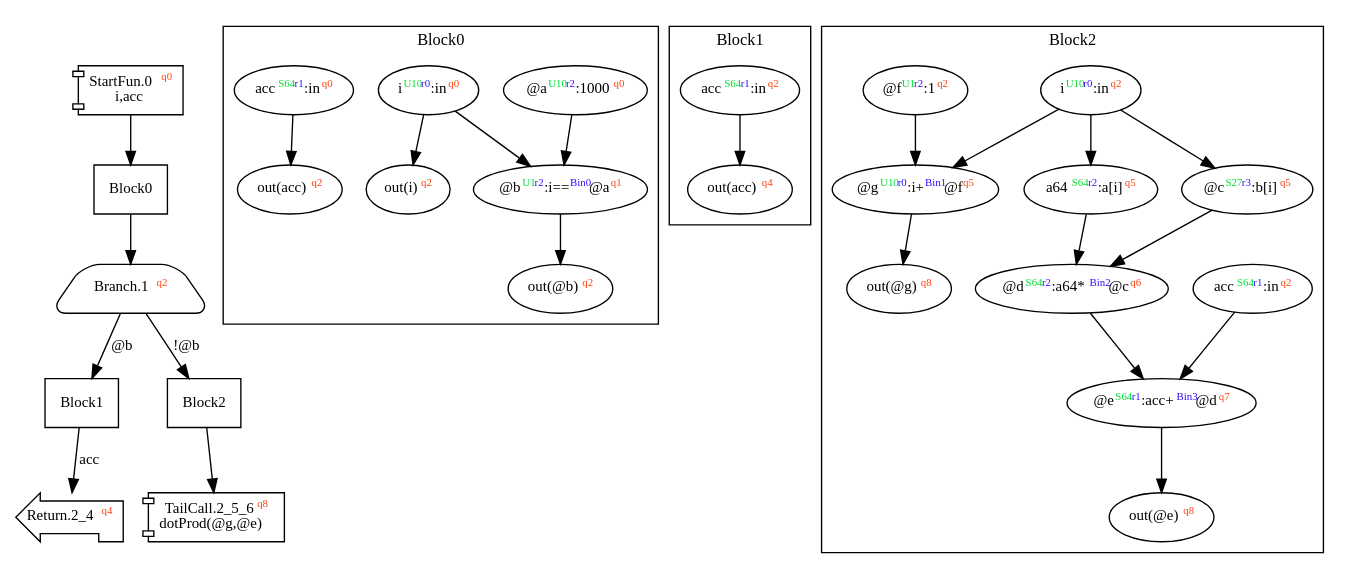
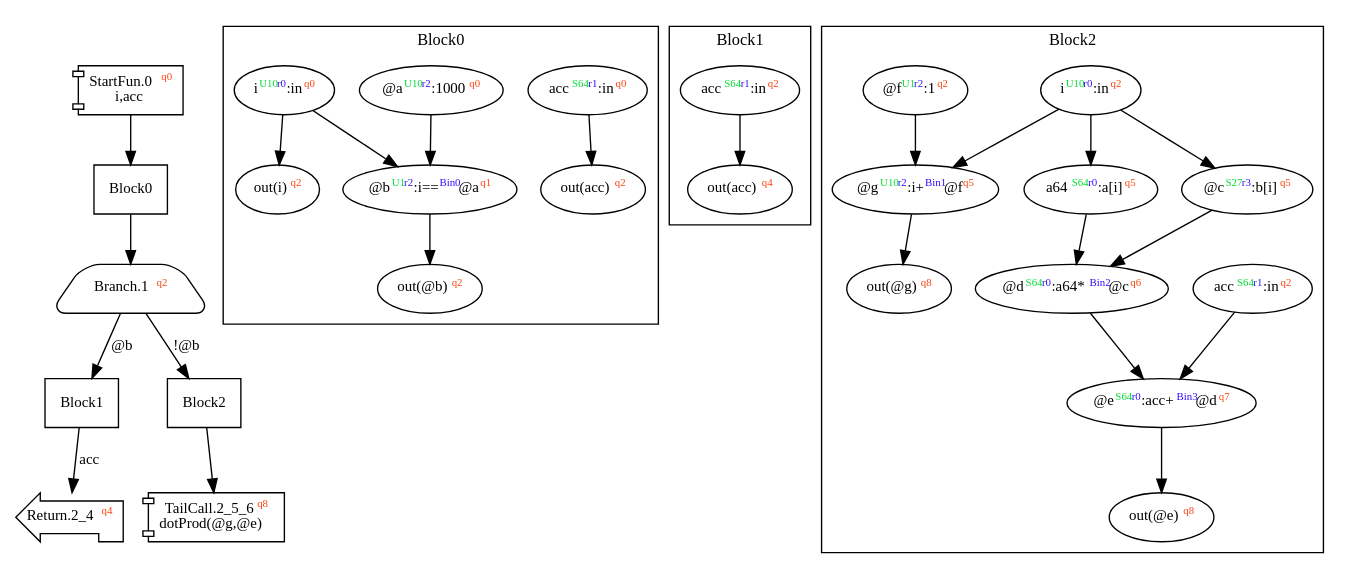
The diagram in dist/dotProd.dot (akouryy/SyntheScala), drawn with Graphviz before and after one commit. The commit also changed 15 other files, not shown here.

```diff
--- a/dist/dotProd.dot
+++ b/dist/dotProd.dot
@@ -1,46 +1,46 @@
 digraph Program_ {
 graph [fontname = "Monaco", fontsize = 12, ranksep = 0.5];
 node [shape = box, fontname = "Monaco", fontsize = 11; colorscheme = pastel19];
 edge [fontname = "Monaco", fontsize = 11; colorscheme = pastel19];
 Jump0[label = <StartFun.0<font color="#ff4411" point-size="8"><sup>q0</sup></font><br/>i,acc>; shape = component];
 Jump0 -> Block0;
 Jump1[
   label = <Branch.1<font color="#ff4411" point-size="8"><sup>q2</sup></font>>;
   shape = trapezium; style = rounded;
 ];
 Block0 -> Jump1;
 Jump1 -> Block1 [label="@b"];
 Jump1 -> Block2 [label="!@b"];
 Jump2_4[label = <Return.2_4<font color="#ff4411" point-size="8"><sup>q4</sup></font>>; shape = lpromoter];
 Block1 -> Jump2_4 [label="acc"];
 Jump2_5_6[label = <TailCall.2_5_6<font color="#ff4411" point-size="8"><sup>q8</sup></font><br/>dotProd(@g,@e)>; shape = component];
 Block2 -> Jump2_5_6;
 Block0 [label = "Block0"];
 Block1 [label = "Block1"];
 Block2 [label = "Block2"];
 subgraph cluster_dfg_Block0{
 node [shape = oval];
 label = "Block0";
-ndBlock0_0 [label=<out(acc)<font color="#ff4411" point-size="8"><sup>q2</sup></font>>];ndBlock0_1 [label=<i<font color="#00dd33" point-size="8"><sup>U10</sup></font><font color="#3311ff" point-size="8"><sup>r0</sup></font>:in<font color="#ff4411" point-size="8"><sup>q0</sup></font>>];ndBlock0_2 [label=<out(@b)<font color="#ff4411" point-size="8"><sup>q2</sup></font>>];ndBlock0_3 [label=<@a<font color="#00dd33" point-size="8"><sup>U10</sup></font><font color="#3311ff" point-size="8"><sup>r2</sup></font>:1000<font color="#ff4411" point-size="8"><sup>q0</sup></font>>];ndBlock0_4 [label=<out(i)<font color="#ff4411" point-size="8"><sup>q2</sup></font>>];ndBlock0_5 [label=<@b<font color="#00dd33" point-size="8"><sup>U1</sup></font><font color="#3311ff" point-size="8"><sup>r2</sup></font>:i==<font color="#3311ff" point-size="8"><sup>Bin0</sup></font>@a<font color="#ff4411" point-size="8"><sup>q1</sup></font>>];ndBlock0_6 [label=<acc<font color="#00dd33" point-size="8"><sup>S64</sup></font><font color="#3311ff" point-size="8"><sup>r1</sup></font>:in<font color="#ff4411" point-size="8"><sup>q0</sup></font>>];ndBlock0_6 -> ndBlock0_0;
-ndBlock0_1 -> ndBlock0_5;
-ndBlock0_3 -> ndBlock0_5;
-ndBlock0_5 -> ndBlock0_2;
-ndBlock0_1 -> ndBlock0_4;
+ndBlock0_0 [label=<out(acc)<font color="#ff4411" point-size="8"><sup>q2</sup></font>>];ndBlock0_1 [label=<acc<font color="#00dd33" point-size="8"><sup>S64</sup></font><font color="#3311ff" point-size="8"><sup>r1</sup></font>:in<font color="#ff4411" point-size="8"><sup>q0</sup></font>>];ndBlock0_2 [label=<i<font color="#00dd33" point-size="8"><sup>U10</sup></font><font color="#3311ff" point-size="8"><sup>r0</sup></font>:in<font color="#ff4411" point-size="8"><sup>q0</sup></font>>];ndBlock0_3 [label=<out(@b)<font color="#ff4411" point-size="8"><sup>q2</sup></font>>];ndBlock0_4 [label=<@a<font color="#00dd33" point-size="8"><sup>U10</sup></font><font color="#3311ff" point-size="8"><sup>r2</sup></font>:1000<font color="#ff4411" point-size="8"><sup>q0</sup></font>>];ndBlock0_5 [label=<out(i)<font color="#ff4411" point-size="8"><sup>q2</sup></font>>];ndBlock0_6 [label=<@b<font color="#00dd33" point-size="8"><sup>U1</sup></font><font color="#3311ff" point-size="8"><sup>r2</sup></font>:i==<font color="#3311ff" point-size="8"><sup>Bin0</sup></font>@a<font color="#ff4411" point-size="8"><sup>q1</sup></font>>];ndBlock0_1 -> ndBlock0_0;
+ndBlock0_6 -> ndBlock0_3;
+ndBlock0_2 -> ndBlock0_5;
+ndBlock0_2 -> ndBlock0_6;
+ndBlock0_4 -> ndBlock0_6;
 }subgraph cluster_dfg_Block1{
 node [shape = oval];
 label = "Block1";
 ndBlock1_0 [label=<acc<font color="#00dd33" point-size="8"><sup>S64</sup></font><font color="#3311ff" point-size="8"><sup>r1</sup></font>:in<font color="#ff4411" point-size="8"><sup>q2</sup></font>>];ndBlock1_1 [label=<out(acc)<font color="#ff4411" point-size="8"><sup>q4</sup></font>>];ndBlock1_0 -> ndBlock1_1;
 }subgraph cluster_dfg_Block2{
 node [shape = oval];
 label = "Block2";
-ndBlock2_0 [label=<a64<font color="#00dd33" point-size="8"><sup>S64</sup></font><font color="#3311ff" point-size="8"><sup>r2</sup></font>:a[i]<font color="#ff4411" point-size="8"><sup>q5</sup></font>>];ndBlock2_1 [label=<out(@e)<font color="#ff4411" point-size="8"><sup>q8</sup></font>>];ndBlock2_2 [label=<acc<font color="#00dd33" point-size="8"><sup>S64</sup></font><font color="#3311ff" point-size="8"><sup>r1</sup></font>:in<font color="#ff4411" point-size="8"><sup>q2</sup></font>>];ndBlock2_3 [label=<@g<font color="#00dd33" point-size="8"><sup>U10</sup></font><font color="#3311ff" point-size="8"><sup>r0</sup></font>:i+<font color="#3311ff" point-size="8"><sup>Bin1</sup></font>@f<font color="#ff4411" point-size="8"><sup>q5</sup></font>>];ndBlock2_4 [label=<@f<font color="#00dd33" point-size="8"><sup>U1</sup></font><font color="#3311ff" point-size="8"><sup>r2</sup></font>:1<font color="#ff4411" point-size="8"><sup>q2</sup></font>>];ndBlock2_5 [label=<i<font color="#00dd33" point-size="8"><sup>U10</sup></font><font color="#3311ff" point-size="8"><sup>r0</sup></font>:in<font color="#ff4411" point-size="8"><sup>q2</sup></font>>];ndBlock2_6 [label=<@d<font color="#00dd33" point-size="8"><sup>S64</sup></font><font color="#3311ff" point-size="8"><sup>r2</sup></font>:a64*<font color="#3311ff" point-size="8"><sup>Bin2</sup></font>@c<font color="#ff4411" point-size="8"><sup>q6</sup></font>>];ndBlock2_7 [label=<@c<font color="#00dd33" point-size="8"><sup>S27</sup></font><font color="#3311ff" point-size="8"><sup>r3</sup></font>:b[i]<font color="#ff4411" point-size="8"><sup>q5</sup></font>>];ndBlock2_8 [label=<@e<font color="#00dd33" point-size="8"><sup>S64</sup></font><font color="#3311ff" point-size="8"><sup>r1</sup></font>:acc+<font color="#3311ff" point-size="8"><sup>Bin3</sup></font>@d<font color="#ff4411" point-size="8"><sup>q7</sup></font>>];ndBlock2_9 [label=<out(@g)<font color="#ff4411" point-size="8"><sup>q8</sup></font>>];ndBlock2_3 -> ndBlock2_9;
-ndBlock2_5 -> ndBlock2_0;
-ndBlock2_4 -> ndBlock2_3;
-ndBlock2_5 -> ndBlock2_3;
-ndBlock2_8 -> ndBlock2_1;
-ndBlock2_0 -> ndBlock2_6;
-ndBlock2_7 -> ndBlock2_6;
-ndBlock2_5 -> ndBlock2_7;
-ndBlock2_2 -> ndBlock2_8;
-ndBlock2_6 -> ndBlock2_8;
+ndBlock2_0 [label=<a64<font color="#00dd33" point-size="8"><sup>S64</sup></font><font color="#3311ff" point-size="8"><sup>r0</sup></font>:a[i]<font color="#ff4411" point-size="8"><sup>q5</sup></font>>];ndBlock2_1 [label=<out(@e)<font color="#ff4411" point-size="8"><sup>q8</sup></font>>];ndBlock2_2 [label=<@d<font color="#00dd33" point-size="8"><sup>S64</sup></font><font color="#3311ff" point-size="8"><sup>r0</sup></font>:a64*<font color="#3311ff" point-size="8"><sup>Bin2</sup></font>@c<font color="#ff4411" point-size="8"><sup>q6</sup></font>>];ndBlock2_3 [label=<acc<font color="#00dd33" point-size="8"><sup>S64</sup></font><font color="#3311ff" point-size="8"><sup>r1</sup></font>:in<font color="#ff4411" point-size="8"><sup>q2</sup></font>>];ndBlock2_4 [label=<out(@g)<font color="#ff4411" point-size="8"><sup>q8</sup></font>>];ndBlock2_5 [label=<@e<font color="#00dd33" point-size="8"><sup>S64</sup></font><font color="#3311ff" point-size="8"><sup>r0</sup></font>:acc+<font color="#3311ff" point-size="8"><sup>Bin3</sup></font>@d<font color="#ff4411" point-size="8"><sup>q7</sup></font>>];ndBlock2_6 [label=<@f<font color="#00dd33" point-size="8"><sup>U1</sup></font><font color="#3311ff" point-size="8"><sup>r2</sup></font>:1<font color="#ff4411" point-size="8"><sup>q2</sup></font>>];ndBlock2_7 [label=<@g<font color="#00dd33" point-size="8"><sup>U10</sup></font><font color="#3311ff" point-size="8"><sup>r2</sup></font>:i+<font color="#3311ff" point-size="8"><sup>Bin1</sup></font>@f<font color="#ff4411" point-size="8"><sup>q5</sup></font>>];ndBlock2_8 [label=<i<font color="#00dd33" point-size="8"><sup>U10</sup></font><font color="#3311ff" point-size="8"><sup>r0</sup></font>:in<font color="#ff4411" point-size="8"><sup>q2</sup></font>>];ndBlock2_9 [label=<@c<font color="#00dd33" point-size="8"><sup>S27</sup></font><font color="#3311ff" point-size="8"><sup>r3</sup></font>:b[i]<font color="#ff4411" point-size="8"><sup>q5</sup></font>>];ndBlock2_7 -> ndBlock2_4;
+ndBlock2_8 -> ndBlock2_0;
+ndBlock2_8 -> ndBlock2_9;
+ndBlock2_5 -> ndBlock2_1;
+ndBlock2_0 -> ndBlock2_2;
+ndBlock2_9 -> ndBlock2_2;
+ndBlock2_2 -> ndBlock2_5;
+ndBlock2_3 -> ndBlock2_5;
+ndBlock2_6 -> ndBlock2_7;
+ndBlock2_8 -> ndBlock2_7;
 }}
```
